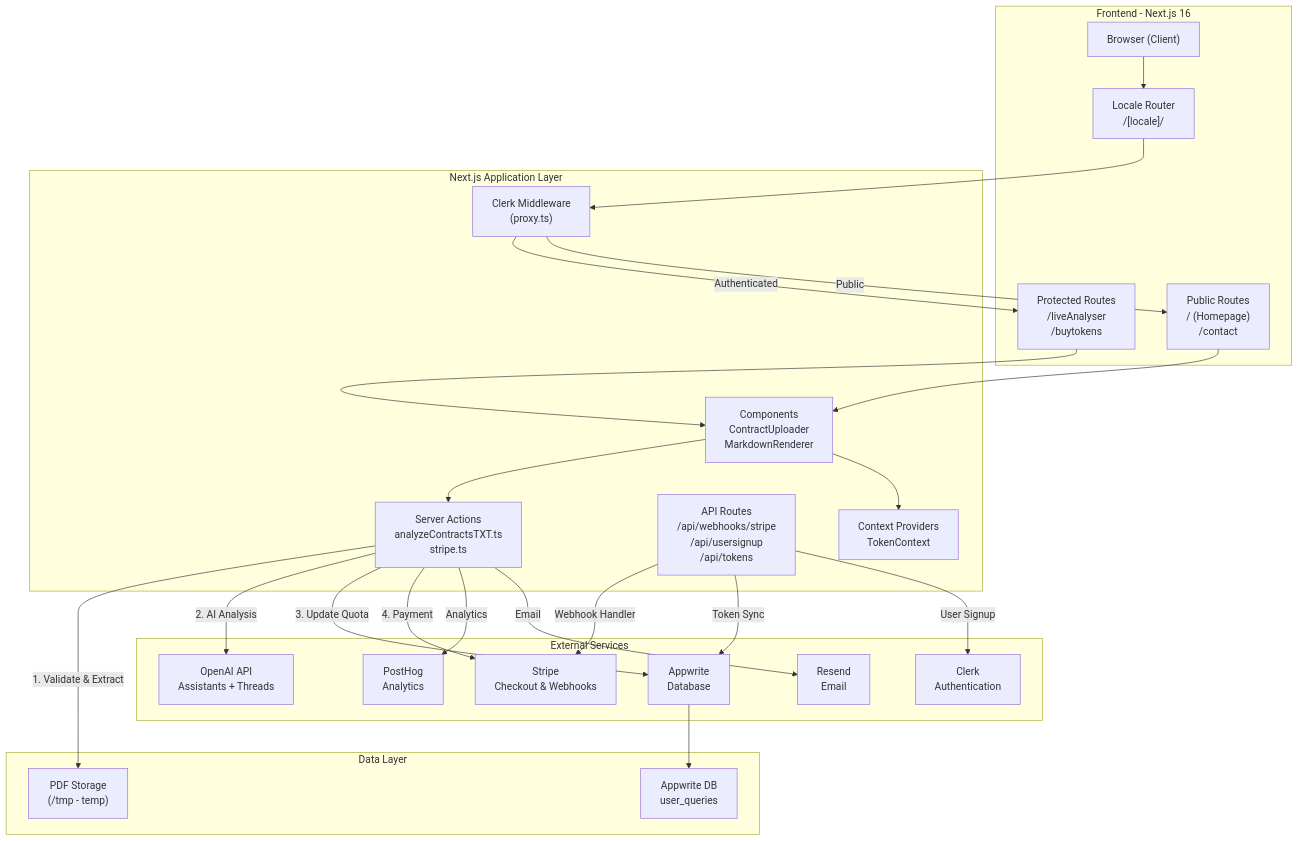
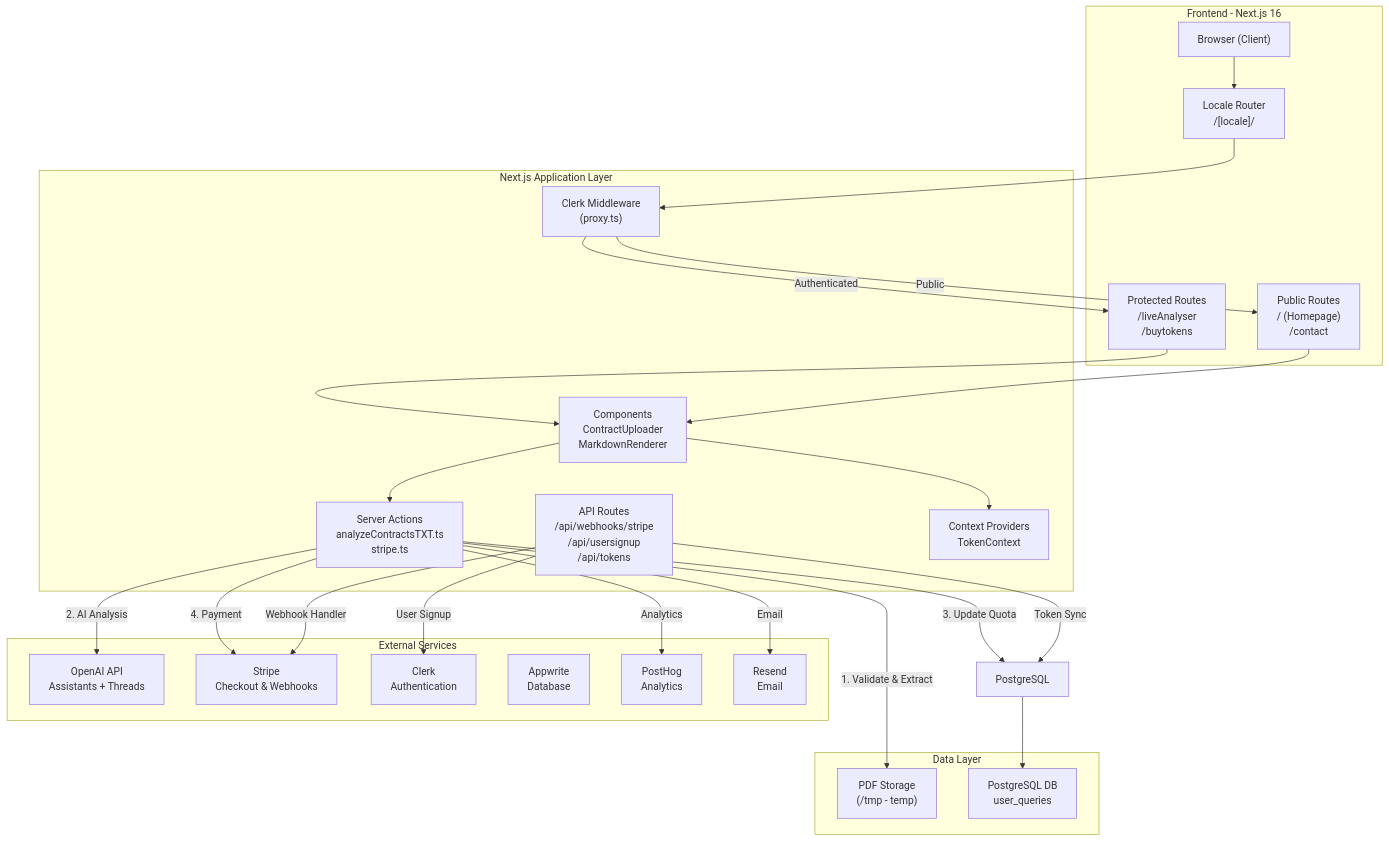
One commit to duzhongli-d/contractagent changed the first of 3 diagrams in docs/architecture/SYSTEM_OVERVIEW.md. Above: the diagram before and after it, drawn with Mermaid. The commit also changed other lines of this file and 8 other files, not shown here.

````diff
--- a/docs/architecture/SYSTEM_OVERVIEW.md
+++ b/docs/architecture/SYSTEM_OVERVIEW.md
@@ -25,57 +25,57 @@
 ```mermaid
 graph TB
     subgraph Client["Frontend - Next.js 16"]
         Browser["Browser (Client)"]
         LocaleRouter["Locale Router<br/>/[locale]/"]
         ProtectedRoutes["Protected Routes<br/>/liveAnalyser<br/>/buytokens"]
         PublicRoutes["Public Routes<br/>/ (Homepage)<br/>/contact"]
     end
 
     subgraph NextJS["Next.js Application Layer"]
         Middleware["Clerk Middleware<br/>(proxy.ts)"]
         ServerActions["Server Actions<br/>analyzeContractsTXT.ts<br/>stripe.ts"]
         APIRoutes["API Routes<br/>/api/webhooks/stripe<br/>/api/usersignup<br/>/api/tokens"]
         Components["Components<br/>ContractUploader<br/>MarkdownRenderer"]
         Context["Context Providers<br/>TokenContext"]
     end
 
     subgraph ExternalServices["External Services"]
         OpenAI["OpenAI API<br/>Assistants + Threads"]
         Stripe["Stripe<br/>Checkout & Webhooks"]
         Clerk["Clerk<br/>Authentication"]
         Appwrite["Appwrite<br/>Database"]
         PostHog["PostHog<br/>Analytics"]
         Resend["Resend<br/>Email"]
     end
 
     subgraph DataLayer["Data Layer"]
         PDFs["PDF Storage<br/>(/tmp - temp)"]
-        DB["Appwrite DB<br/>user_queries"]
+        DB["PostgreSQL DB<br/>user_queries"]
     end
 
     Browser --> LocaleRouter
     LocaleRouter --> Middleware
 
     Middleware -->|Authenticated| ProtectedRoutes
     Middleware -->|Public| PublicRoutes
 
     ProtectedRoutes --> Components
     PublicRoutes --> Components
 
     Components --> ServerActions
     Components --> Context
 
     ServerActions -->|1. Validate & Extract| PDFs
     ServerActions -->|2. AI Analysis| OpenAI
-    ServerActions -->|3. Update Quota| Appwrite
+    ServerActions -->|3. Update Quota| PostgreSQL
     ServerActions -->|4. Payment| Stripe
 
     APIRoutes -->|Webhook Handler| Stripe
-    APIRoutes -->|Token Sync| Appwrite
+    APIRoutes -->|Token Sync| PostgreSQL
     APIRoutes -->|User Signup| Clerk
 
     ServerActions -->|Analytics| PostHog
     ServerActions -->|Email| Resend
 
-    Appwrite --> DB
+    PostgreSQL --> DB
 ```
````
